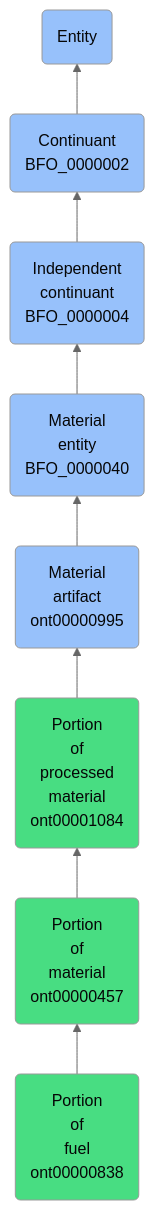
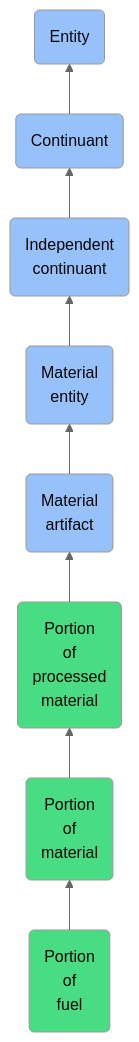
The diagram in docs/ontology/reference/model/Entity/Continuant/Independent continuant/Material entity/Material artifact/Portion of processed material/Portion of material/Portion of fuel/Portion of fuel.md (jupyter-naas/abi), drawn with Mermaid (neutral theme) before and after one commit. The commit also changed other lines of this file and 1430 other files, not shown here.

````diff
--- a/docs/ontology/reference/model/Entity/Continuant/Independent continuant/Material entity/Material artifact/Portion of processed material/Portion of material/Portion of fuel/Portion of fuel.md
+++ b/docs/ontology/reference/model/Entity/Continuant/Independent continuant/Material entity/Material artifact/Portion of processed material/Portion of material/Portion of fuel/Portion of fuel.md
@@ -24,15 +24,15 @@
 ```mermaid
 graph BT
-    ont00000838(Portion<br>of<br>fuel<br>ont00000838):::ABI-->ont00000457
-    ont00000457(Portion<br>of<br>material<br>ont00000457):::ABI-->ont00001084
-    ont00001084(Portion<br>of<br>processed<br>material<br>ont00001084):::ABI-->ont00000995
-    ont00000995(Material<br>artifact<br>ont00000995):::BFO-->BFO_0000040
-    BFO_0000040(Material<br>entity<br>BFO_0000040):::BFO-->BFO_0000004
-    BFO_0000004(Independent<br>continuant<br>BFO_0000004):::BFO-->BFO_0000002
-    BFO_0000002(Continuant<br>BFO_0000002):::BFO-->BFO_0000001
+    ont00000838(Portion<br>of<br>fuel):::ABI-->ont00000457
+    ont00000457(Portion<br>of<br>material):::ABI-->ont00001084
+    ont00001084(Portion<br>of<br>processed<br>material):::ABI-->ont00000995
+    ont00000995(Material<br>artifact):::BFO-->BFO_0000040
+    BFO_0000040(Material<br>entity):::BFO-->BFO_0000004
+    BFO_0000004(Independent<br>continuant):::BFO-->BFO_0000002
+    BFO_0000002(Continuant):::BFO-->BFO_0000001
     BFO_0000001(Entity):::BFO
     
     classDef BFO fill:#97c1fb,color:#060606
     classDef CCO fill:#e4c51e,color:#060606
     classDef ABI fill:#48DD82,color:#060606
 ```
````
